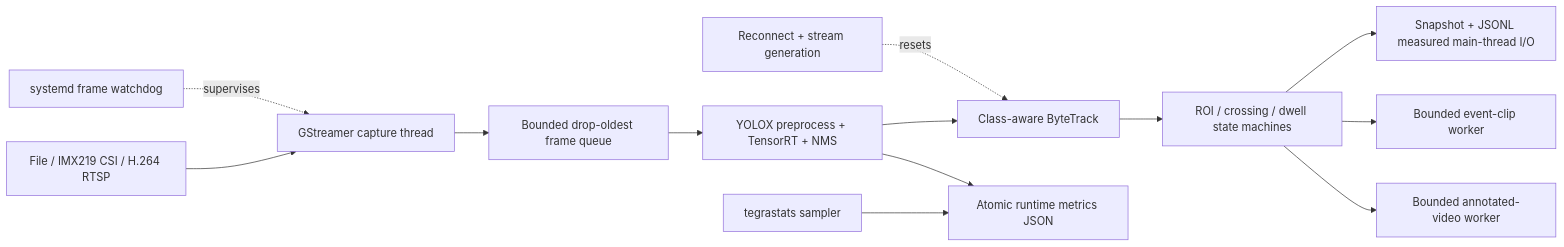
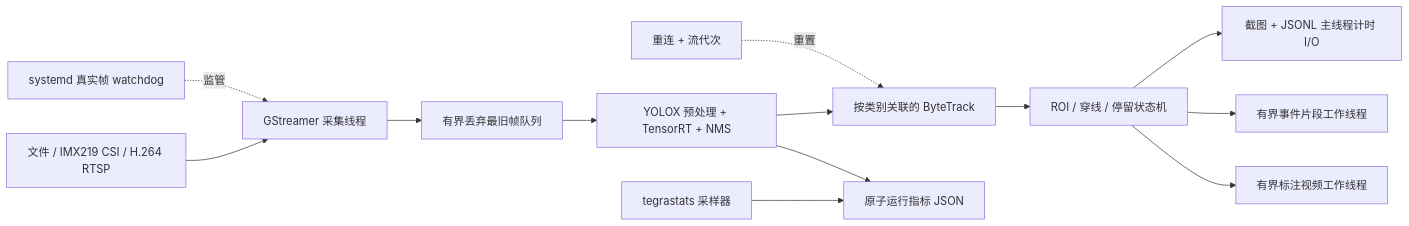
Before and after one commit to Nefelibata134/jetson-realtime-tracking-system: the diagram in README.md, drawn with Mermaid. The commit also changed other lines of this file and 23 other files, not shown here.

````diff
--- a/README.md
+++ b/README.md
@@ -72,15 +64,15 @@
 ```mermaid
 flowchart LR
-    A["File / IMX219 CSI / H.264 RTSP"] --> B["GStreamer capture thread"]
-    B --> C["Bounded drop-oldest frame queue"]
-    C --> D["YOLOX preprocess + TensorRT + NMS"]
-    D --> E["Class-aware ByteTrack"]
-    E --> F["ROI / crossing / dwell state machines"]
-    F --> G["Snapshot + JSONL measured main-thread I/O"]
-    F --> H["Bounded event-clip worker"]
-    F --> I["Bounded annotated-video worker"]
-    J["tegrastats sampler"] --> K["Atomic runtime metrics JSON"]
+    A["文件 / IMX219 CSI / H.264 RTSP"] --> B["GStreamer 采集线程"]
+    B --> C["有界丢弃最旧帧队列"]
+    C --> D["YOLOX 预处理 + TensorRT + NMS"]
+    D --> E["按类别关联的 ByteTrack"]
+    E --> F["ROI / 穿线 / 停留状态机"]
+    F --> G["截图 + JSONL 主线程计时 I/O"]
+    F --> H["有界事件片段工作线程"]
+    F --> I["有界标注视频工作线程"]
+    J["tegrastats 采样器"] --> K["原子运行指标 JSON"]
     D --> K
-    L["systemd frame watchdog"] -. supervises .-> B
-    M["Reconnect + stream generation"] -. resets .-> E
+    L["systemd 真实帧 watchdog"] -. 监管 .-> B
+    M["重连 + 流代次"] -. 重置 .-> E
 ```
````
